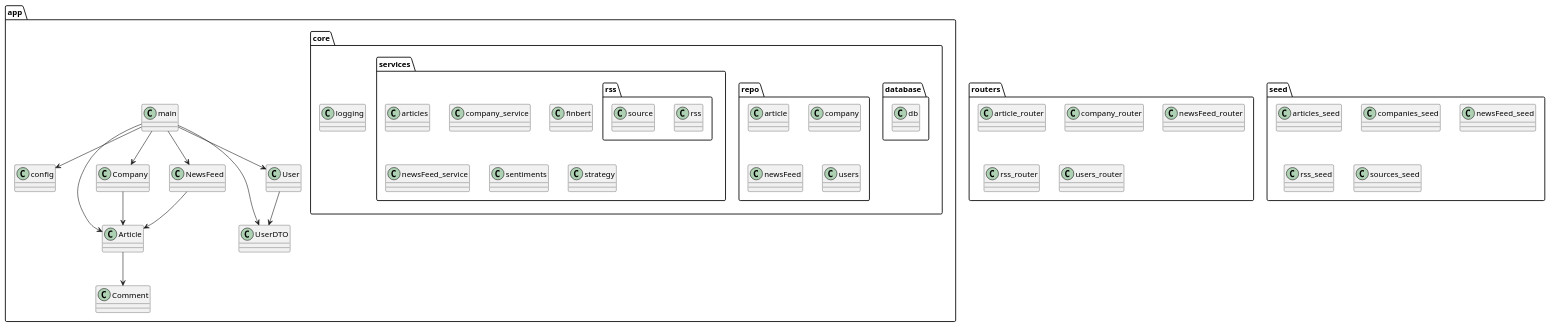
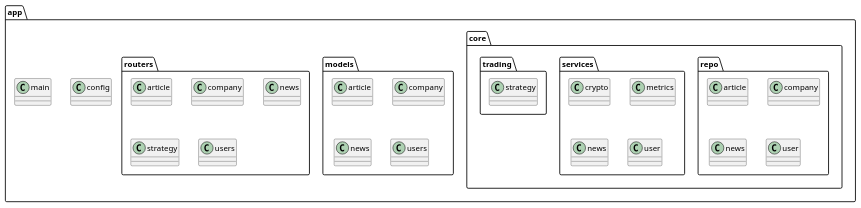
Before and after one commit to AlgoETS/AINewsTracker: the diagram in docs/diagram/packages.plantuml, drawn with PlantUML. The commit also changed 50 other files, not shown here.

Commit message:
Feature/architecture (#3) (#32)

```diff
--- a/docs/diagram/packages.plantuml
+++ b/docs/diagram/packages.plantuml
@@ -1,64 +1,39 @@
 @startuml
 package "app" {
-  package "core" {
-    package "database" {
-      class "db"
+    class "config"
+    class "main"
+    package "core" {
+        package "repo" {
+            class "article"
+            class "company"
+            class "news"
+            class "user"
+        }
+
+        package "services" {
+            class "crypto"
+            class "metrics"
+            class "news"
+            class "user"
+        }
+        package "trading" {
+            class "strategy"
+        }
     }
-    class "logging"
-    package "repo" {
-      class "article"
-      class "company"
-      class "newsFeed"
-      class "users"
+
+    package "models" {
+        class "article"
+        class "company"
+        class "news"
+        class "users"
     }
-    package "services" {
-      class "articles"
-      class "company_service"
-      class "finbert"
-      class "newsFeed_service"
-      package "rss" {
-        class "rss"
-        class "source"
-      }
-      class "sentiments"
-      class "strategy"
+
+    package "routers" {
+        class "article"
+        class "company"
+        class "news"
+        class "strategy"
+        class "users"
     }
-  }
-  class "config"
-  class "Article"
-  class "Comment"
-  class "Company"
-  class "NewsFeed"
-  class "UserDTO"
-  class "User"
-  class "main"
 }
-
-package "routers" {
-  class "article_router"
-  class "company_router"
-  class "newsFeed_router"
-  class "rss_router"
-  class "users_router"
-}
-
-package "seed" {
-  class "articles_seed"
-  class "companies_seed"
-  class "newsFeed_seed"
-  class "rss_seed"
-  class "sources_seed"
-}
-
-main --> config
-main --> Article
-main --> Company
-main --> NewsFeed
-main --> UserDTO
-main --> User
-
-Article --> Comment
-Company --> Article
-NewsFeed --> Article
-User --> UserDTO
 @enduml
```
